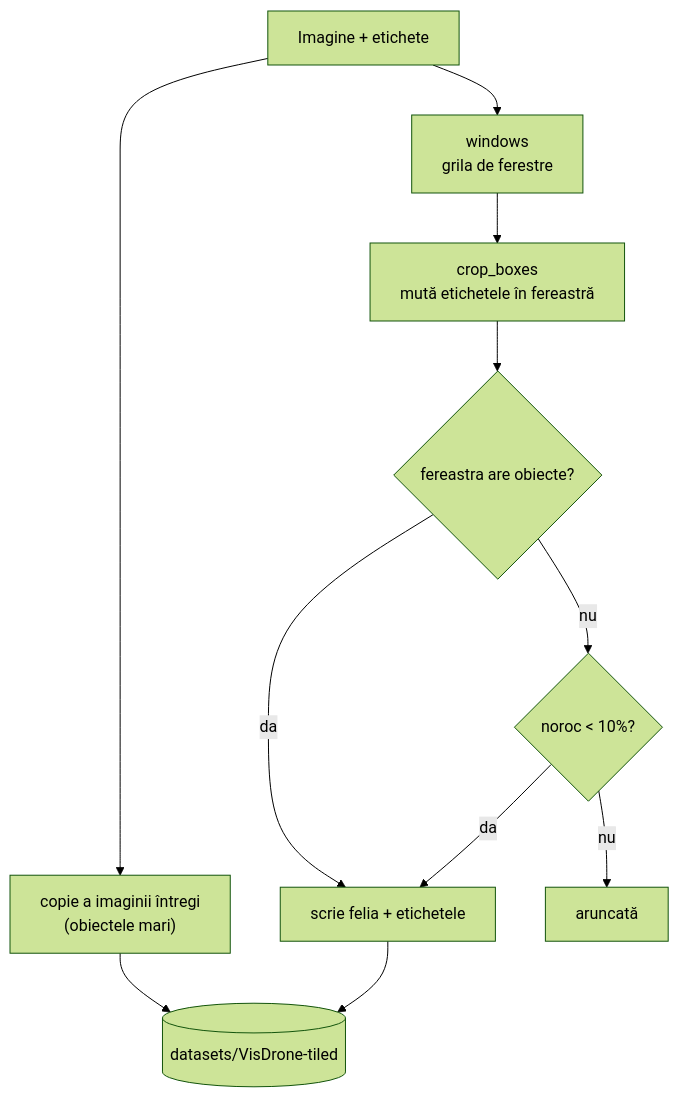
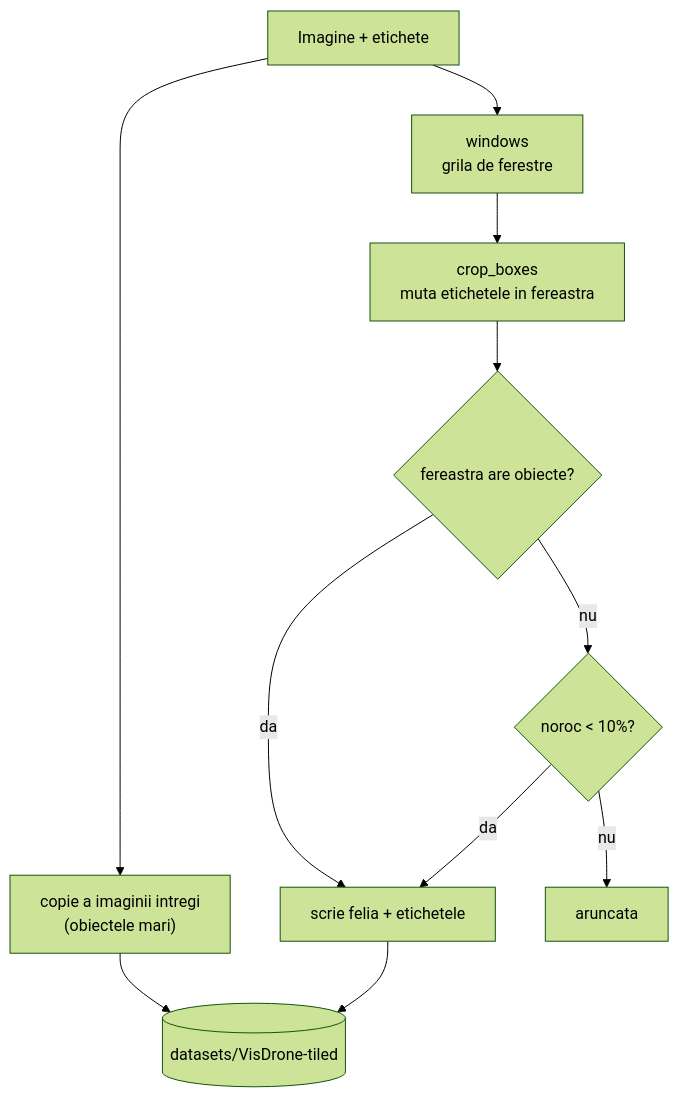
Before and after one commit to zaha27/pi-p: the diagram in docs/pipeline/04-felierea-pe-grila.md, drawn with Mermaid (forest theme). The commit also changed other lines of this file and 57 other files, not shown here.

````diff
--- a/docs/pipeline/04-felierea-pe-grila.md
+++ b/docs/pipeline/04-felierea-pe-grila.md
@@ -43,16 +43,16 @@
 ```mermaid
 flowchart TB
-    A["Imagine + etichete"] --> F["copie a imaginii întregi
+    A["Imagine + etichete"] --> F["copie a imaginii intregi
 (obiectele mari)"]
     A --> W["windows
 grila de ferestre"]
     W --> C["crop_boxes
-mută etichetele în fereastră"]
+muta etichetele in fereastra"]
     C --> V{"fereastra are obiecte?"}
     V -- "da" --> S["scrie felia + etichetele"]
     V -- "nu" --> E{"noroc < 10%?"}
     E -- "da" --> S
-    E -- "nu" --> X["aruncată"]
+    E -- "nu" --> X["aruncata"]
     F --> O[("datasets/VisDrone-tiled")]
     S --> O
 ```
````
